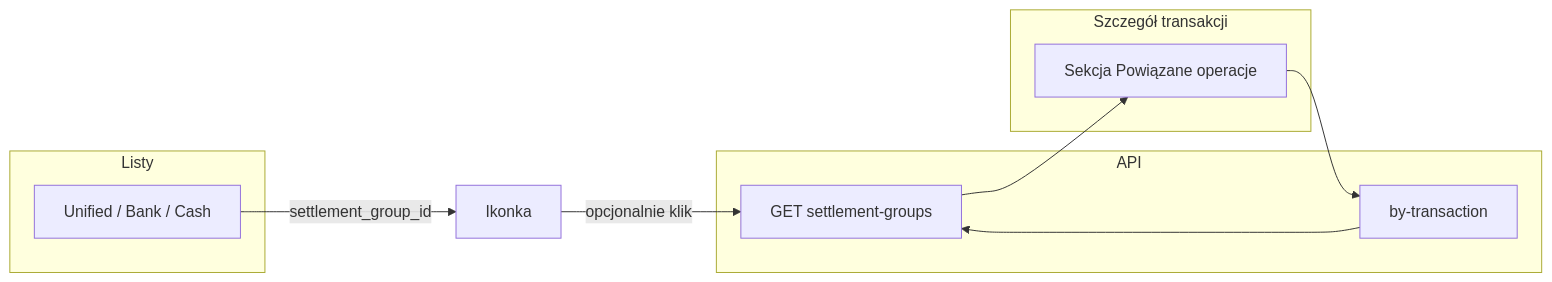
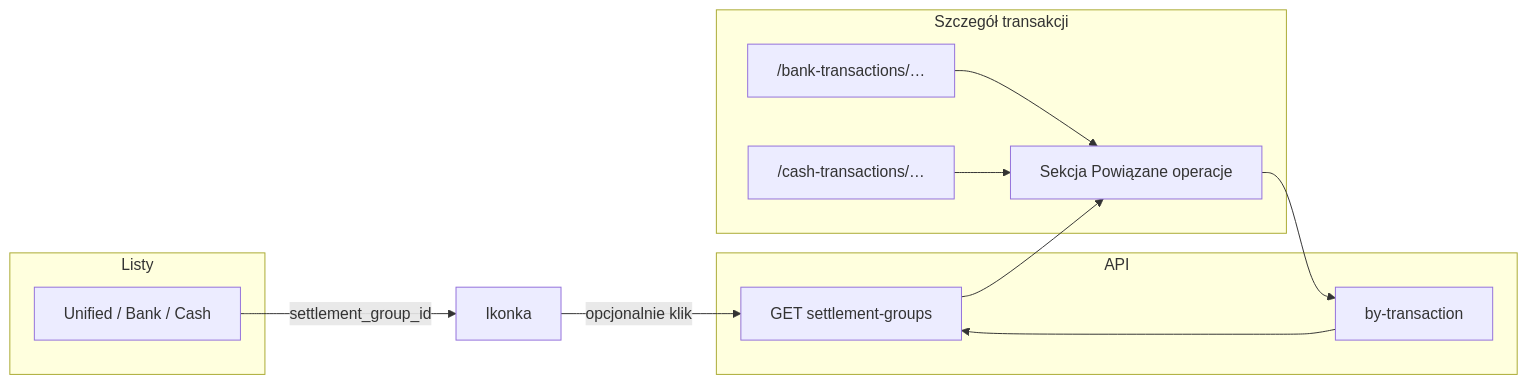
Before and after one commit to pswierblewski/eye-budget: the diagram in docs/superpowers/specs/2026-04-22-transaction-settlement-bundles-design.md, drawn with Mermaid. The commit also changed other lines of this file, not shown here.

Commit message:
docs: spec — szczegół gotówki /cash-transactions/{id} i nawigacja

````diff
--- a/docs/superpowers/specs/2026-04-22-transaction-settlement-bundles-design.md
+++ b/docs/superpowers/specs/2026-04-22-transaction-settlement-bundles-design.md
@@ -325,18 +340,22 @@
 ```mermaid
 flowchart LR
   subgraph list [Listy]
     U[Unified / Bank / Cash]
   end
   subgraph detail [Szczegół transakcji]
+    Bd["/bank-transactions/…"]
+    Cd["/cash-transactions/…"]
     D[Sekcja Powiązane operacje]
   end
+  Bd --> D
+  Cd --> D
   subgraph api [API]
     G[GET settlement-groups]
     T[by-transaction]
   end
   U -->|settlement_group_id| I[Ikonka]
   I -->|opcjonalnie klik| G
   D --> T
   T --> G
   G --> D
 ```
````
